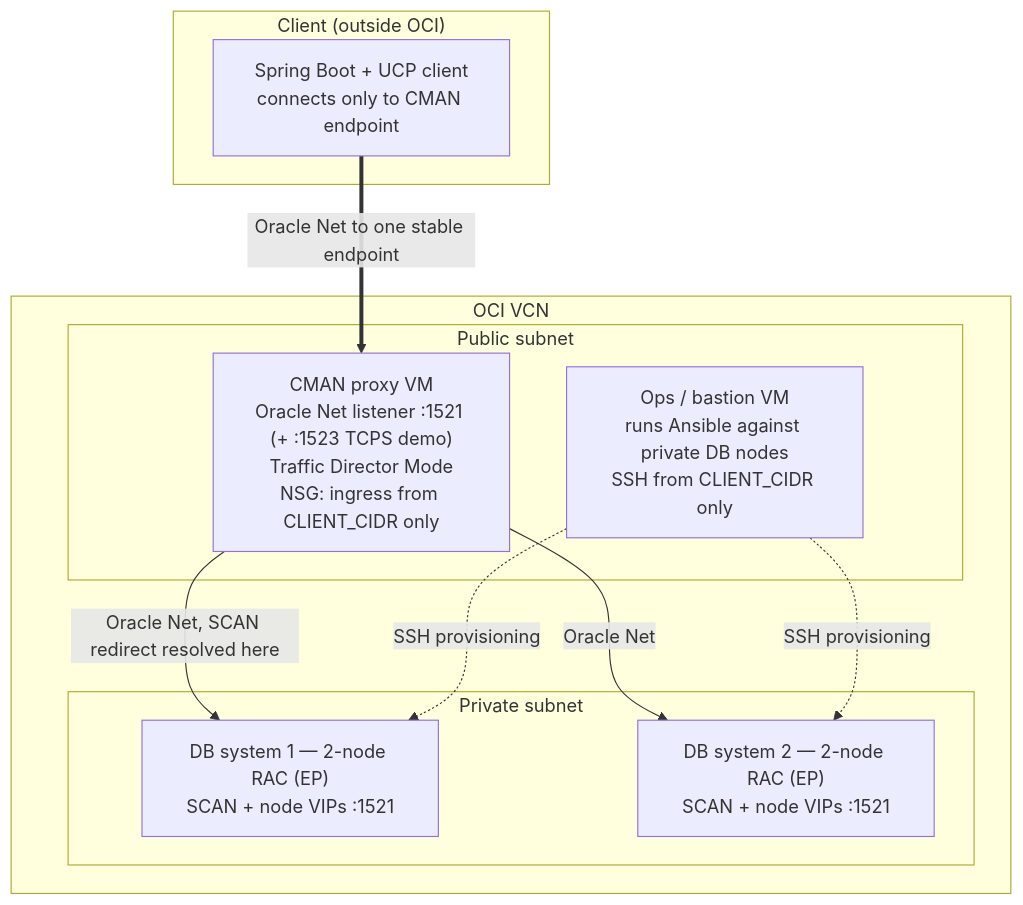
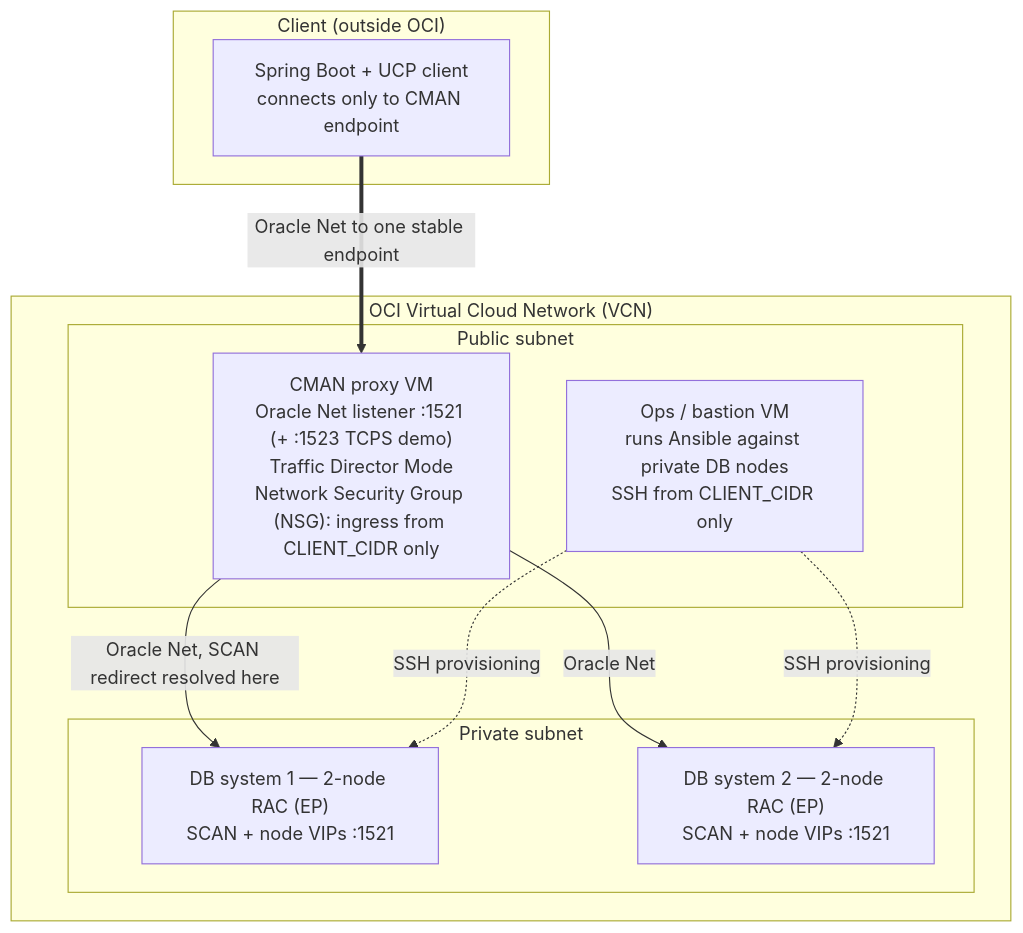
Before and after one commit to vmleon/oracle-database-cman: the diagram in cman-showcase-design.md, drawn with Mermaid. The commit also changed other lines of this file and 3 other files, not shown here.

Commit message:
docs: spell out SCAN, NSG, VCN, FAN on first use

````diff
--- a/cman-showcase-design.md
+++ b/cman-showcase-design.md
@@ -64,21 +64,21 @@
 ```mermaid
 flowchart TB
   subgraph Client["Client (outside OCI)"]
     APP["Spring Boot + UCP client\nconnects only to CMAN endpoint"]
   end
-  subgraph OCI["OCI VCN"]
+  subgraph OCI["OCI Virtual Cloud Network (VCN)"]
     subgraph PUB["Public subnet"]
-      CMAN["CMAN proxy VM\nOracle Net listener :1521 (+ :1523 TCPS demo)\nTraffic Director Mode\nNSG: ingress from CLIENT_CIDR only"]
+      CMAN["CMAN proxy VM\nOracle Net listener :1521 (+ :1523 TCPS demo)\nTraffic Director Mode\nNetwork Security Group (NSG): ingress from CLIENT_CIDR only"]
       OPS["Ops / bastion VM\nruns Ansible against private DB nodes\nSSH from CLIENT_CIDR only"]
     end
     subgraph PRIV["Private subnet"]
       DB1["DB system 1 — 2-node RAC (EP)\nSCAN + node VIPs :1521"]
       DB2["DB system 2 — 2-node RAC (EP)\nSCAN + node VIPs :1521"]
     end
     CMAN -->|"Oracle Net, SCAN redirect resolved here"| DB1
     CMAN -->|"Oracle Net"| DB2
     OPS -. "SSH provisioning" .-> DB1
     OPS -. "SSH provisioning" .-> DB2
   end
   APP ==>|"Oracle Net to one stable endpoint"| CMAN
 ```
````
